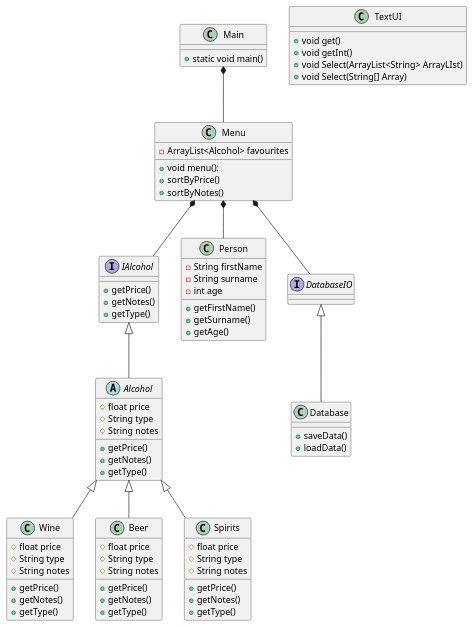
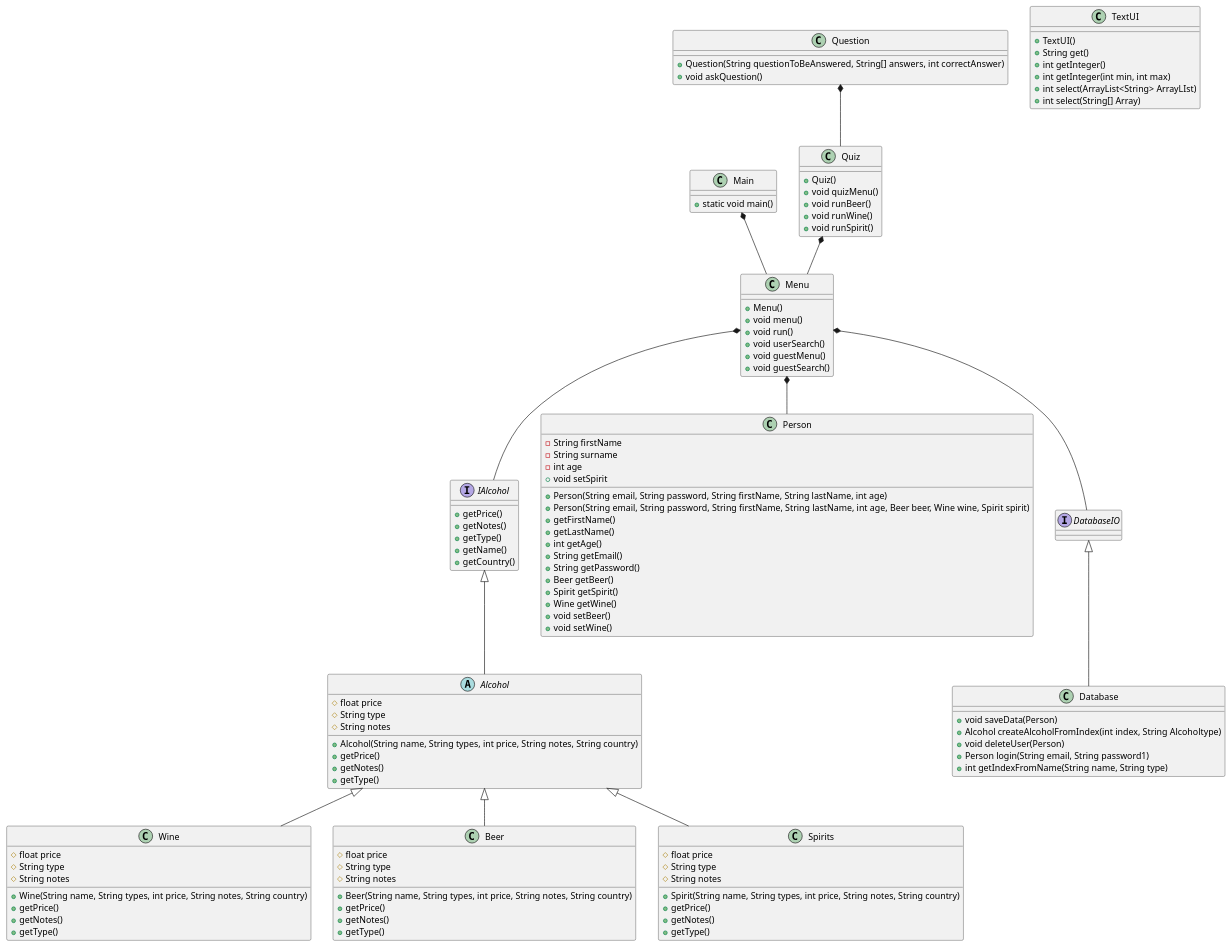
One commit to LucasHemm/ICEProjekt changed the diagram in documentation/ClassDiagram.puml. Above: the diagram before and after it, drawn with PlantUML. The commit also changed 6 other files, not shown here.

Commit message:
UML and comments added

```diff
--- a/documentation/ClassDiagram.puml
+++ b/documentation/ClassDiagram.puml
@@ -1,85 +1,123 @@
 @startuml
 class Main
 class Menu
 interface IAlcohol
 abstract class Alcohol
 class Wine
 class Beer
 class Spirits
 class Database
 class TextUI
 class Person
+class Quiz
+class Question
 interface DatabaseIO
 
 Main : + static void main()
 
-Menu : - ArrayList<Alcohol> favourites
-Menu : + void menu():
-Menu : +sortByPrice()
-Menu : +sortByNotes()
+Menu : +Menu()
+Menu : +void menu()
+Menu : +void run()
+Menu : +void userSearch()
+Menu : +void guestMenu()
+Menu : +void guestSearch()
 
+Person : +Person(String email, String password, String firstName, String lastName, int age)
+Person : +Person(String email, String password, String firstName, String lastName, int age, Beer beer, Wine wine, Spirit spirit)
 Person : -String firstName
 Person : -String surname
 Person : -int age
 Person : +getFirstName()
-Person : +getSurname()
-Person : +getAge()
+Person : +getLastName()
+Person : +int getAge()
+Person : +String getEmail()
+Person : +String getPassword()
+Person : +Beer getBeer()
+Person : +Spirit getSpirit()
+Person : +Wine getWine()
+Person : +void setBeer()
+Person : +void setWine()
+Person : +void setSpirit
 
 
-Database : +saveData()
-Database : +loadData()
+Database : +void saveData(Person)
+Database : +Alcohol createAlcoholFromIndex(int index, String Alcoholtype)
+Database : +void deleteUser(Person)
+Database : +Person login(String email, String password1)
+Database : +int getIndexFromName(String name, String type)
 
-TextUI : + void get()
-TextUI : + void getInt()
-TextUI : +void Select(ArrayList<String> ArrayLIst)
-TextUI : +void Select(String[] Array)
+TextUI : +TextUI()
+TextUI : +String get()
+TextUI : +int getInteger()
+TextUI : +int getInteger(int min, int max)
+TextUI : +int select(ArrayList<String> ArrayLIst)
+TextUI : +int select(String[] Array)
 
 IAlcohol : +getPrice()
 IAlcohol : +getNotes()
 IAlcohol : +getType()
+IAlcohol : +getName()
+IAlcohol : +getCountry()
 
 Alcohol : # float price
 Alcohol : # String type
 Alcohol : # String notes
+Alcohol : +Alcohol(String name, String types, int price, String notes, String country)
 Alcohol : +getPrice()
 Alcohol : +getNotes()
 Alcohol : +getType()
 
 Beer : # float price
 Beer : # String type
 Beer : # String notes
+Beer : +Beer(String name, String types, int price, String notes, String country)
 Beer : +getPrice()
 Beer : +getNotes()
 Beer : +getType()
 
 Wine : # float price
 Wine : # String type
 Wine : # String notes
+Wine : +Wine(String name, String types, int price, String notes, String country)
 Wine : +getPrice()
 Wine : +getNotes()
 Wine : +getType()
 
 Spirits : # float price
 Spirits : # String type
 Spirits : # String notes
+Spirits : +Spirit(String name, String types, int price, String notes, String country)
 Spirits : +getPrice()
 Spirits : +getNotes()
 Spirits : +getType()
+
+Quiz : +Quiz()
+Quiz : +void quizMenu()
+Quiz : +void runBeer()
+Quiz : +void runWine()
+Quiz : +void runSpirit()
+
+Question : +Question(String questionToBeAnswered, String[] answers, int correctAnswer)
+Question : +void askQuestion()
+
+Quiz *-- Menu
+
+Question *-- Quiz
 
 Alcohol <|-- Beer
 Alcohol <|-- Wine
 Alcohol <|-- Spirits
 
 IAlcohol <|-- Alcohol
 
 
 
 Menu *-- Person
 Menu *-- IAlcohol
 Menu *-- DatabaseIO
 
 DatabaseIO <|-- Database
 
 Main *-- Menu
 
 @enduml
```
